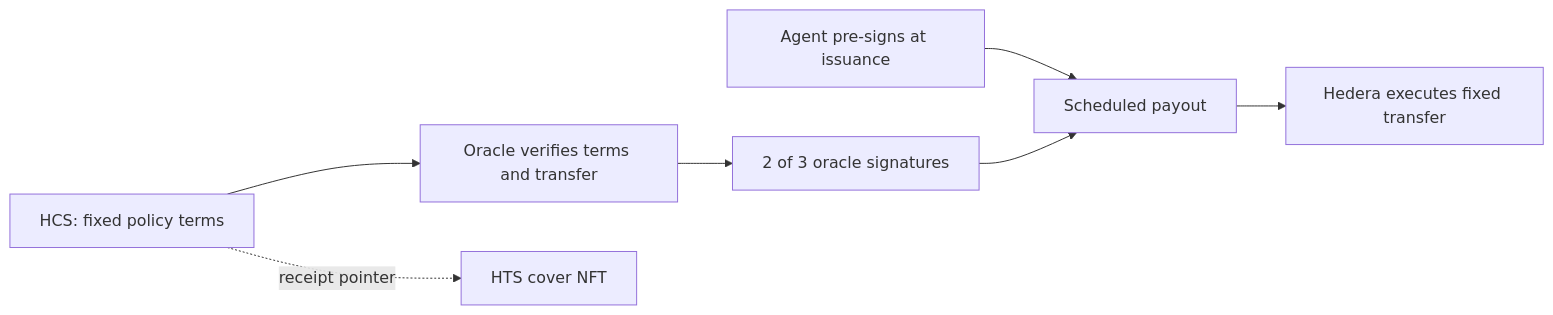
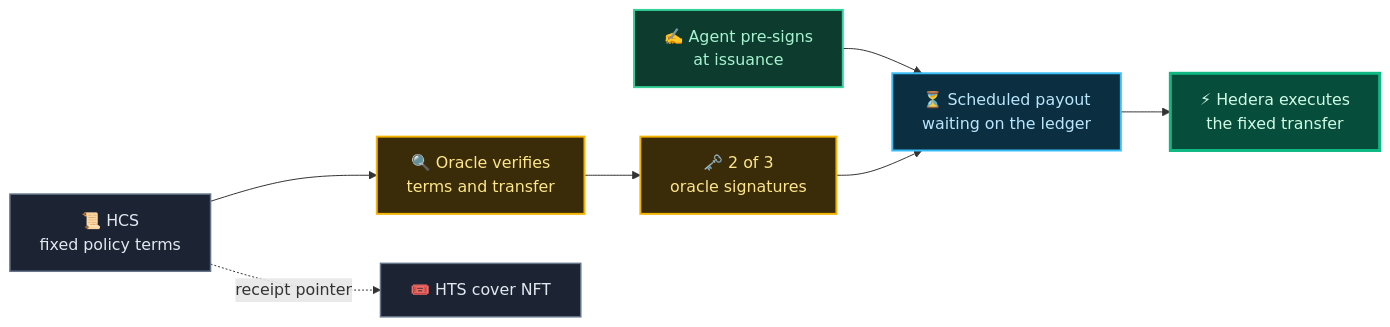
One commit to jmgomezl/aivy-parametric-pool changed the first of 3 diagrams in README.md. Above: the diagram before and after it, drawn with Mermaid. The commit also changed other lines of this file and 12 other files, not shown here.

First line of the commit message:
README: show the thing working, and let the diagrams carry meaning

````diff
--- a/README.md
+++ b/README.md
@@ -38,9 +43,21 @@
 ```mermaid
 flowchart LR
-  Terms[HCS: fixed policy terms] --> Check[Oracle verifies terms and transfer]
-  Agent[Agent pre-signs at issuance] --> Schedule[Scheduled payout]
-  Check --> Votes[2 of 3 oracle signatures]
+  Terms["📜 HCS<br/>fixed policy terms"] --> Check["🔍 Oracle verifies<br/>terms and transfer"]
+  Agent["✍️ Agent pre-signs<br/>at issuance"] --> Schedule["⏳ Scheduled payout<br/>waiting on the ledger"]
+  Check --> Votes["🗝️ 2 of 3<br/>oracle signatures"]
   Votes --> Schedule
-  Schedule --> Result[Hedera executes fixed transfer]
-  Terms -. receipt pointer .-> NFT[HTS cover NFT]
+  Schedule --> Result["⚡ Hedera executes<br/>the fixed transfer"]
+  Terms -. receipt pointer .-> NFT["🎟️ HTS cover NFT"]
+
+  classDef record fill:#1c2333,stroke:#64748b,stroke-width:1.5px,color:#e2e8f0
+  classDef commit fill:#0d3b2e,stroke:#34d399,stroke-width:2px,color:#a7f3d0
+  classDef oracle fill:#3a2c08,stroke:#f5b301,stroke-width:2px,color:#fde68a
+  classDef ledger fill:#0b2f40,stroke:#38bdf8,stroke-width:2px,color:#bae6fd
+  classDef result fill:#064e3b,stroke:#10b981,stroke-width:3px,color:#d1fae5
+  classDef outside fill:#2b1830,stroke:#c084fc,stroke-width:1.5px,color:#f3e8ff
+  class Terms,NFT record
+  class Agent commit
+  class Check,Votes oracle
+  class Schedule ledger
+  class Result result
 ```
````
